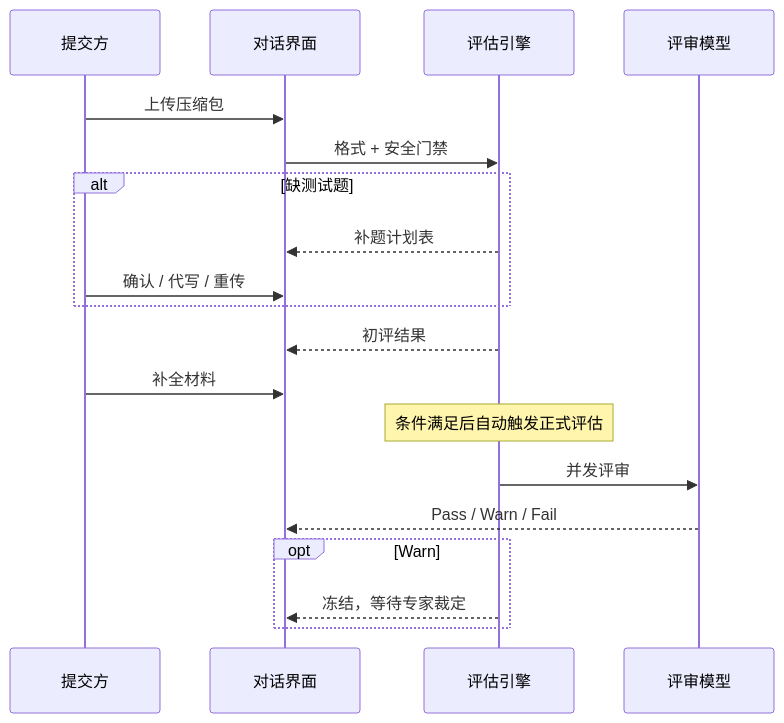
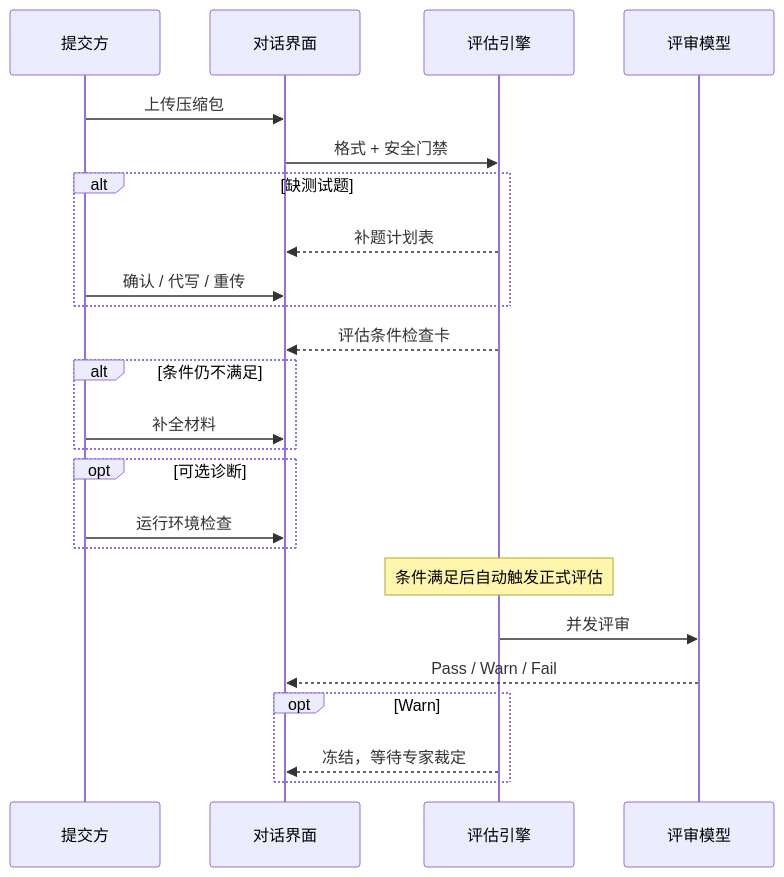
Before and after one commit to NathanZhou1225/Skillhub_eval: the third of 3 diagrams in docs/guides/Skill评估机制架构与流程.md, drawn with Mermaid. The commit also changed other lines of this file and 5 other files, not shown here.

````diff
--- a/docs/guides/Skill评估机制架构与流程.md
+++ b/docs/guides/Skill评估机制架构与流程.md
@@ -96,22 +98,27 @@
 ```mermaid
 sequenceDiagram
     participant 提交方
     participant 对话界面
     participant 评估引擎
     participant 评审模型
 
     提交方->>对话界面: 上传压缩包
     对话界面->>评估引擎: 格式 + 安全门禁
     alt 缺测试题
         评估引擎-->>对话界面: 补题计划表
         提交方->>对话界面: 确认 / 代写 / 重传
     end
-    评估引擎-->>对话界面: 初评结果
-    提交方->>对话界面: 补全材料
+    评估引擎-->>对话界面: 评估条件检查卡
+    alt 条件仍不满足
+        提交方->>对话界面: 补全材料
+    end
+    opt 可选诊断
+        提交方->>对话界面: 运行环境检查
+    end
     Note over 评估引擎: 条件满足后自动触发正式评估
     评估引擎->>评审模型: 并发评审
     评审模型-->>对话界面: Pass / Warn / Fail
     opt Warn
         评估引擎-->>对话界面: 冻结，等待专家裁定
     end
 ```
````
